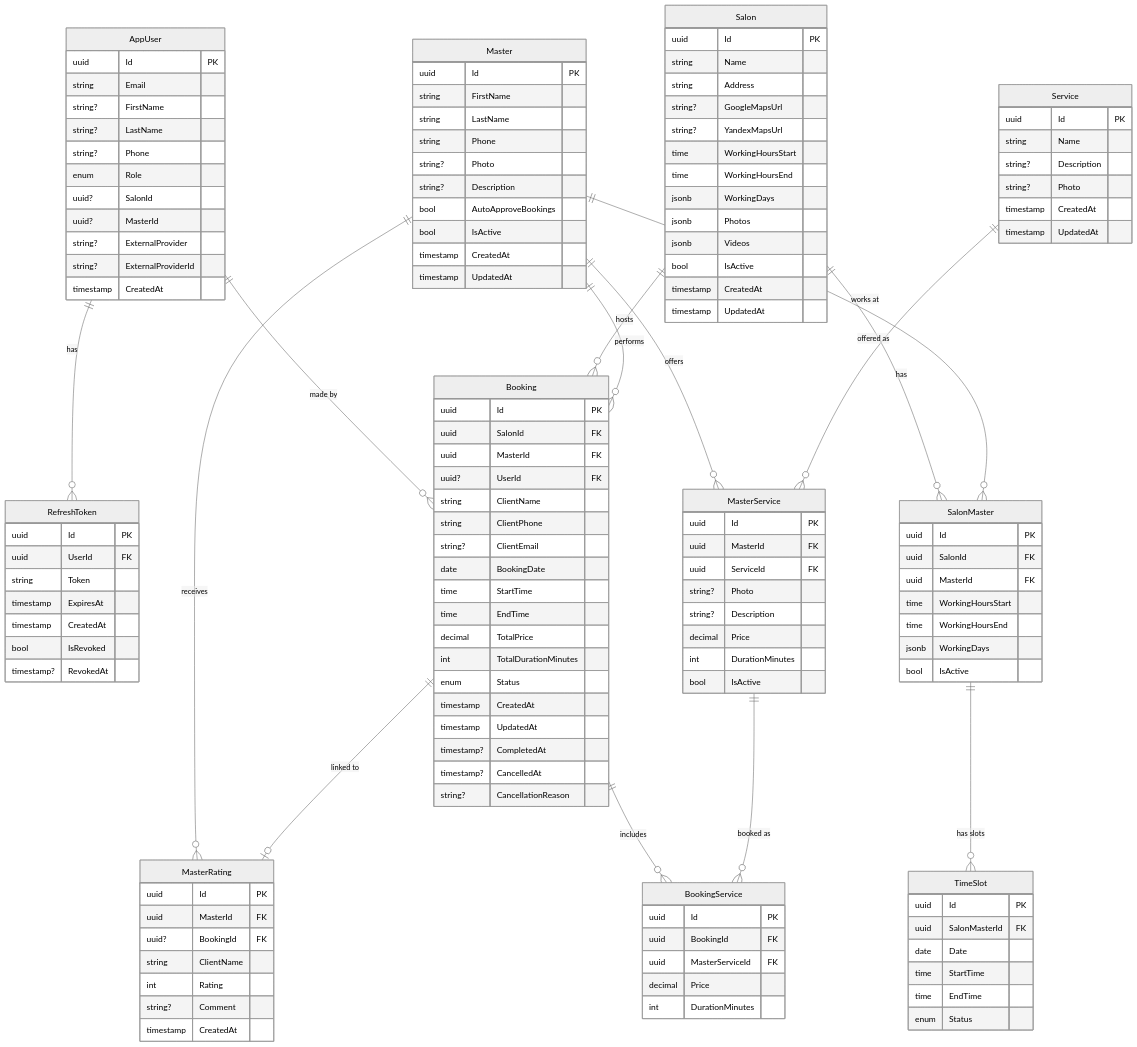
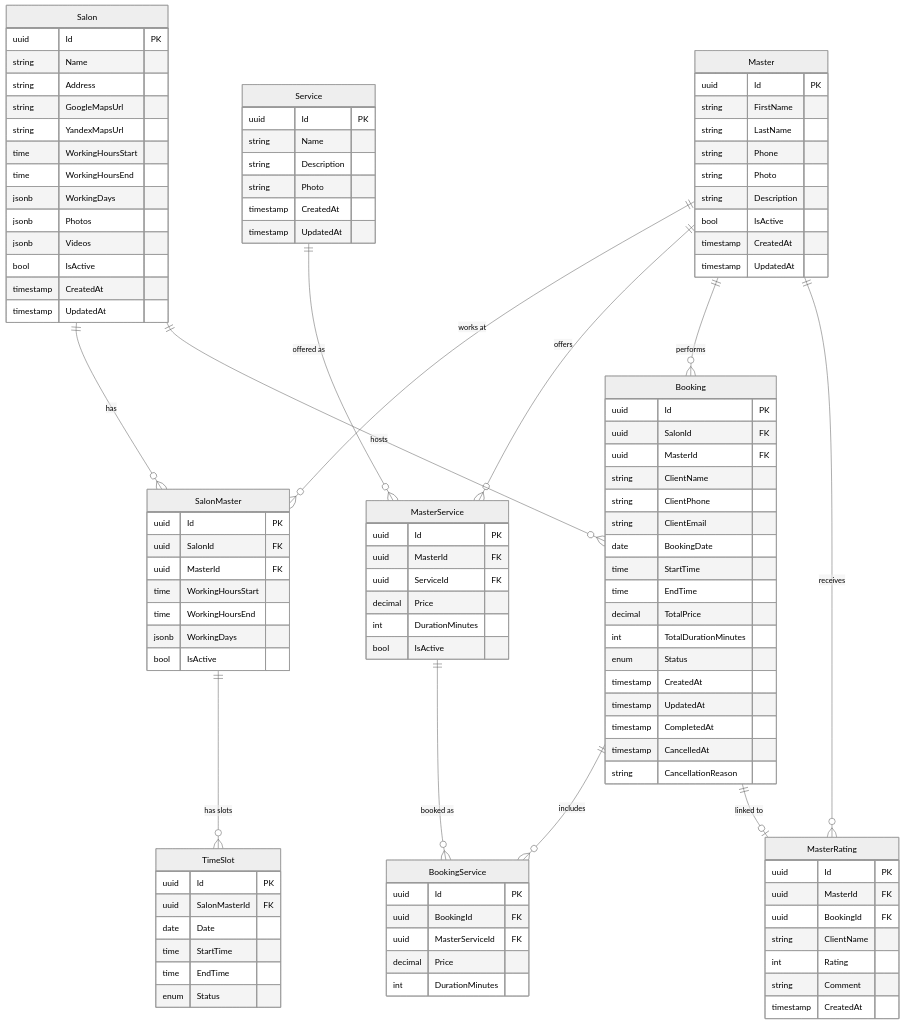
The diagram in ARCHITECTURE.md (whoisyouridol/bookio), drawn with Mermaid (neutral theme) before and after one commit. The commit also changed other lines of this file and 10 other files, not shown here.

First line of the commit message:
feat: add Playwright E2E testing + fix Master role mapping bug

````diff
--- a/ARCHITECTURE.md
+++ b/ARCHITECTURE.md
@@ -41,35 +41,11 @@
 ```mermaid
 erDiagram
-    AppUser {
-        uuid Id PK
-        string Email
-        string? FirstName
-        string? LastName
-        string? Phone
-        enum Role
-        uuid? SalonId
-        uuid? MasterId
-        string? ExternalProvider
-        string? ExternalProviderId
-        timestamp CreatedAt
-    }
-
-    RefreshToken {
-        uuid Id PK
-        uuid UserId FK
-        string Token
-        timestamp ExpiresAt
-        timestamp CreatedAt
-        bool IsRevoked
-        timestamp? RevokedAt
-    }
-
     Salon {
         uuid Id PK
         string Name
         string Address
-        string? GoogleMapsUrl
-        string? YandexMapsUrl
+        string GoogleMapsUrl
+        string YandexMapsUrl
         time WorkingHoursStart
         time WorkingHoursEnd
         jsonb WorkingDays
@@ -85,9 +61,8 @@
         string FirstName
         string LastName
         string Phone
-        string? Photo
-        string? Description
-        bool AutoApproveBookings
+        string Photo
+        string Description
         bool IsActive
         timestamp CreatedAt
         timestamp UpdatedAt
@@ -106,8 +81,8 @@
     Service {
         uuid Id PK
         string Name
-        string? Description
-        string? Photo
+        string Description
+        string Photo
         timestamp CreatedAt
         timestamp UpdatedAt
     }
@@ -116,8 +91,6 @@
         uuid Id PK
         uuid MasterId FK
         uuid ServiceId FK
-        string? Photo
-        string? Description
         decimal Price
         int DurationMinutes
         bool IsActive
@@ -136,10 +109,9 @@
         uuid Id PK
         uuid SalonId FK
         uuid MasterId FK
-        uuid? UserId FK
         string ClientName
         string ClientPhone
-        string? ClientEmail
+        string ClientEmail
         date BookingDate
         time StartTime
         time EndTime
@@ -148,9 +120,9 @@
         enum Status
         timestamp CreatedAt
         timestamp UpdatedAt
-        timestamp? CompletedAt
-        timestamp? CancelledAt
-        string? CancellationReason
+        timestamp CompletedAt
+        timestamp CancelledAt
+        string CancellationReason
     }
 
     BookingService {
@@ -164,15 +136,13 @@
     MasterRating {
         uuid Id PK
         uuid MasterId FK
-        uuid? BookingId FK
+        uuid BookingId FK
         string ClientName
         int Rating
-        string? Comment
+        string Comment
         timestamp CreatedAt
     }
 
-    AppUser ||--o{ RefreshToken : "has"
-    AppUser ||--o{ Booking : "made by"
     Salon ||--o{ SalonMaster : "has"
     Master ||--o{ SalonMaster : "works at"
     SalonMaster ||--o{ TimeSlot : "has slots"
````
